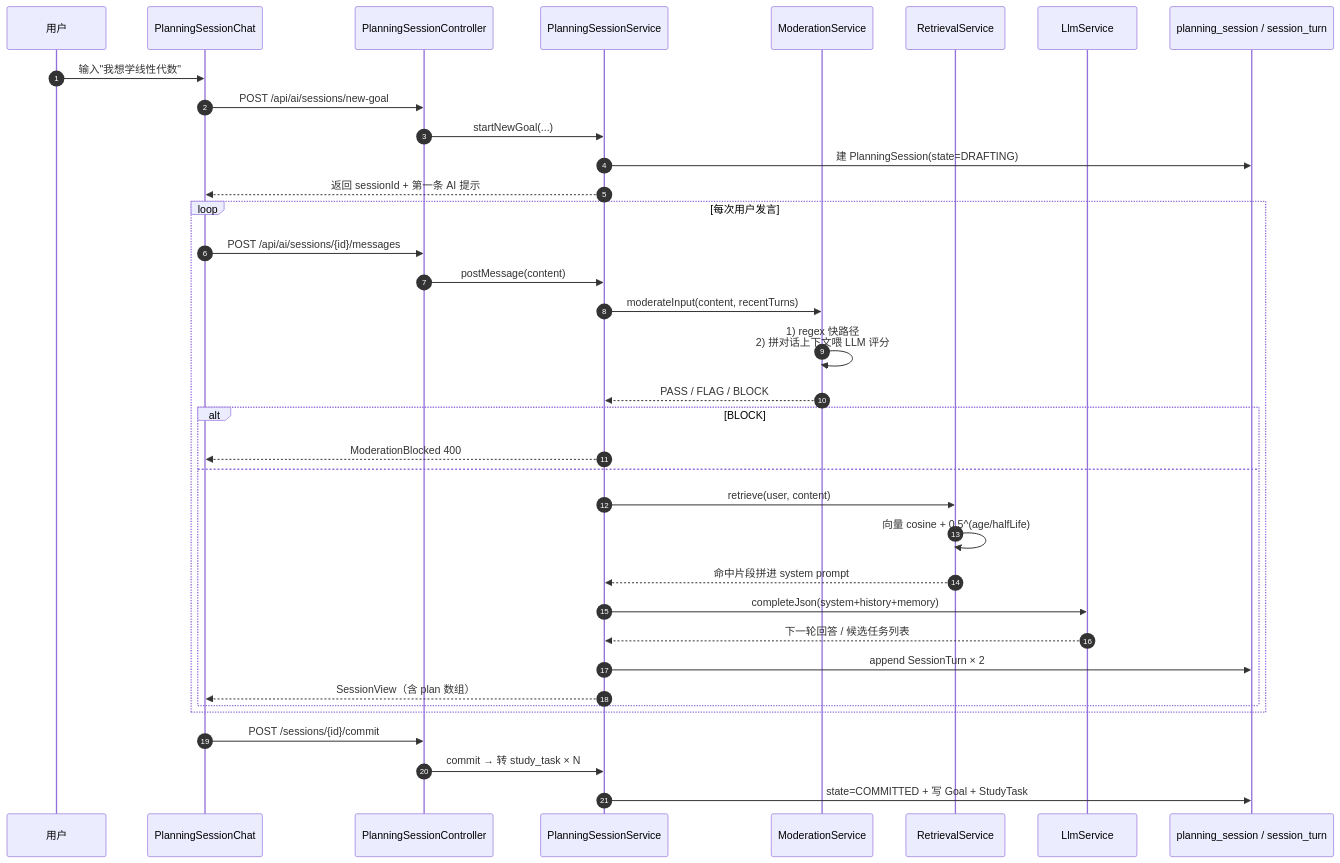
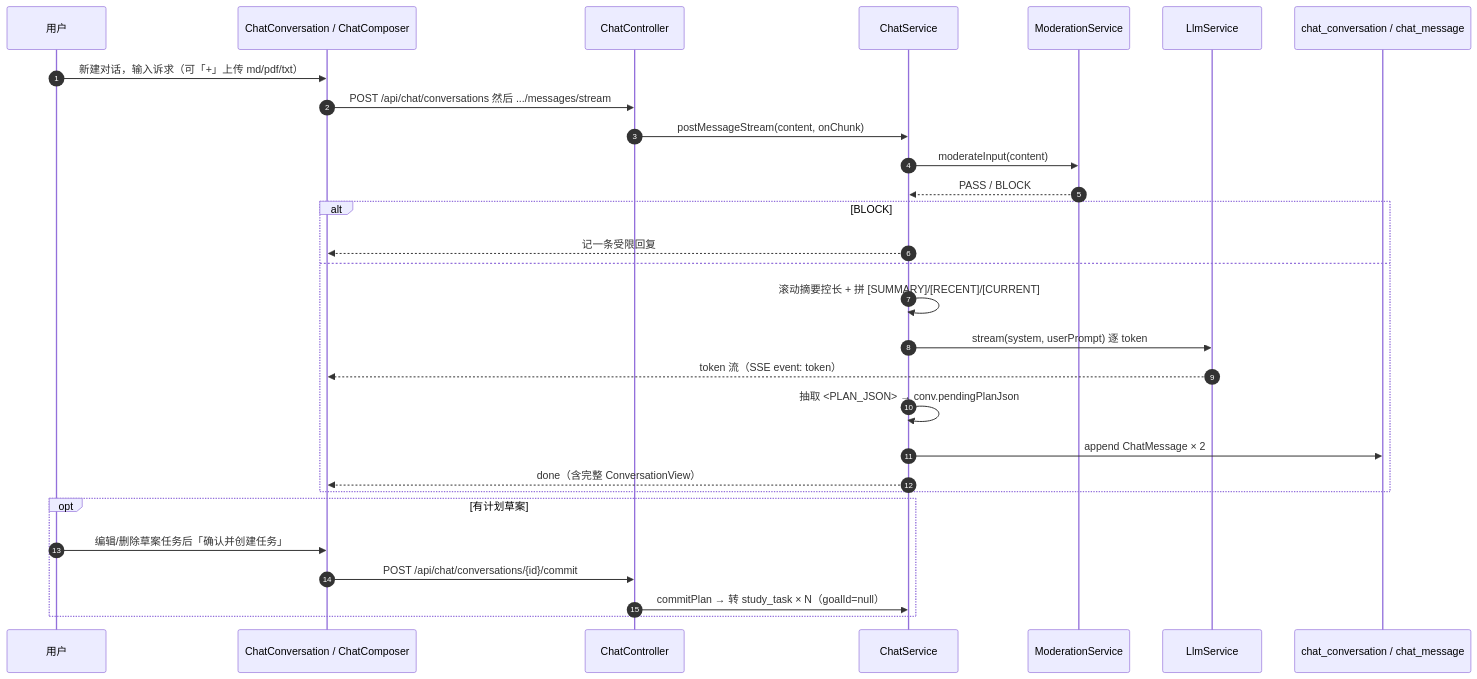
The third of 11 diagrams in docs/CODE_WALKTHROUGH.md (xiaoran7/soulous), drawn with Mermaid before and after one commit. The commit also changed other lines of this file and 55 other files, not shown here.

````diff
--- a/docs/CODE_WALKTHROUGH.md
+++ b/docs/CODE_WALKTHROUGH.md
@@ -150,41 +152,33 @@
 ```mermaid
 sequenceDiagram
     autonumber
     participant U as 用户
-    participant FE as PlanningSessionChat
-    participant PSC as PlanningSessionController
-    participant PSS as PlanningSessionService
+    participant FE as ChatConversation / ChatComposer
+    participant CC as ChatController
+    participant CS as ChatService
     participant MOD as ModerationService
-    participant RAG as RetrievalService
     participant LLM as LlmService
-    participant DB as planning_session / session_turn
+    participant DB as chat_conversation / chat_message
 
-    U->>FE: 输入"我想学线性代数"
-    FE->>PSC: POST /api/ai/sessions/new-goal
-    PSC->>PSS: startNewGoal(...)
-    PSS->>DB: 建 PlanningSession(state=DRAFTING)
-    PSS-->>FE: 返回 sessionId + 第一条 AI 提示
-
-    loop 每次用户发言
-      FE->>PSC: POST /api/ai/sessions/{id}/messages
-      PSC->>PSS: postMessage(content)
-      PSS->>MOD: moderateInput(content, recentTurns)
-      MOD->>MOD: 1) regex 快路径<br/>2) 拼对话上下文喂 LLM 评分
-      MOD-->>PSS: PASS / FLAG / BLOCK
-      alt BLOCK
-        PSS-->>FE: ModerationBlocked 400
-      else
-        PSS->>RAG: retrieve(user, content)
-        RAG->>RAG: 向量 cosine + 0.5^(age/halfLife)
-        RAG-->>PSS: 命中片段拼进 system prompt
-        PSS->>LLM: completeJson(system+history+memory)
-        LLM-->>PSS: 下一轮回答 / 候选任务列表
-        PSS->>DB: append SessionTurn × 2
-        PSS-->>FE: SessionView（含 plan 数组）
-      end
+    U->>FE: 新建对话，输入诉求（可「+」上传 md/pdf/txt）
+    FE->>CC: POST /api/chat/conversations 然后 .../messages/stream
+    CC->>CS: postMessageStream(content, onChunk)
+    CS->>MOD: moderateInput(content)
+    MOD-->>CS: PASS / BLOCK
+    alt BLOCK
+      CS-->>FE: 记一条受限回复
+    else
+      CS->>CS: 滚动摘要控长 + 拼 [SUMMARY]/[RECENT]/[CURRENT]
+      CS->>LLM: stream(system, userPrompt) 逐 token
+      LLM-->>FE: token 流（SSE event: token）
+      CS->>CS: 抽取 <PLAN_JSON> → conv.pendingPlanJson
+      CS->>DB: append ChatMessage × 2
+      CS-->>FE: done（含完整 ConversationView）
     end
 
-    FE->>PSC: POST /sessions/{id}/commit
-    PSC->>PSS: commit → 转 study_task × N
-    PSS->>DB: state=COMMITTED + 写 Goal + StudyTask
+    opt 有计划草案
+      U->>FE: 编辑/删除草案任务后「确认并创建任务」
+      FE->>CC: POST /api/chat/conversations/{id}/commit
+      CC->>CS: commitPlan → 转 study_task × N（goalId=null）
+    end
 ```
````
